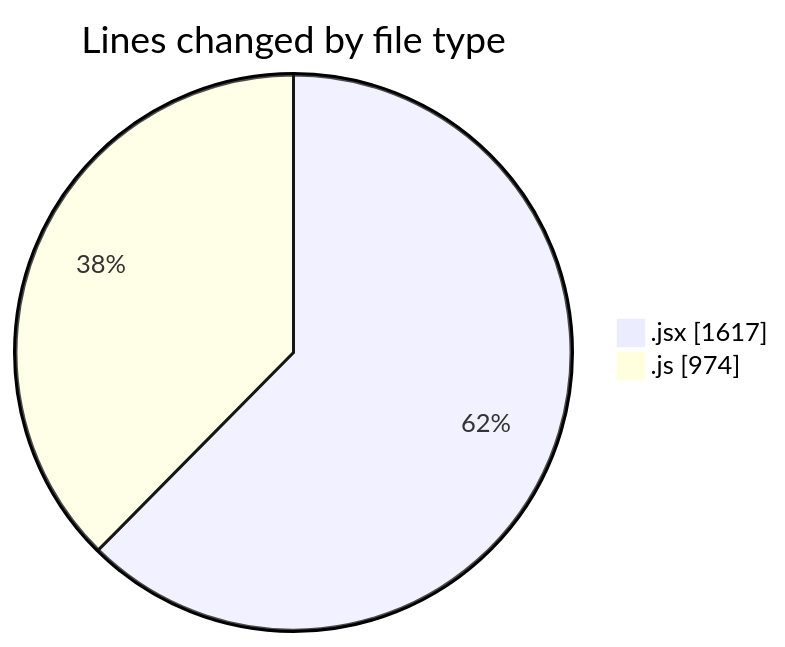
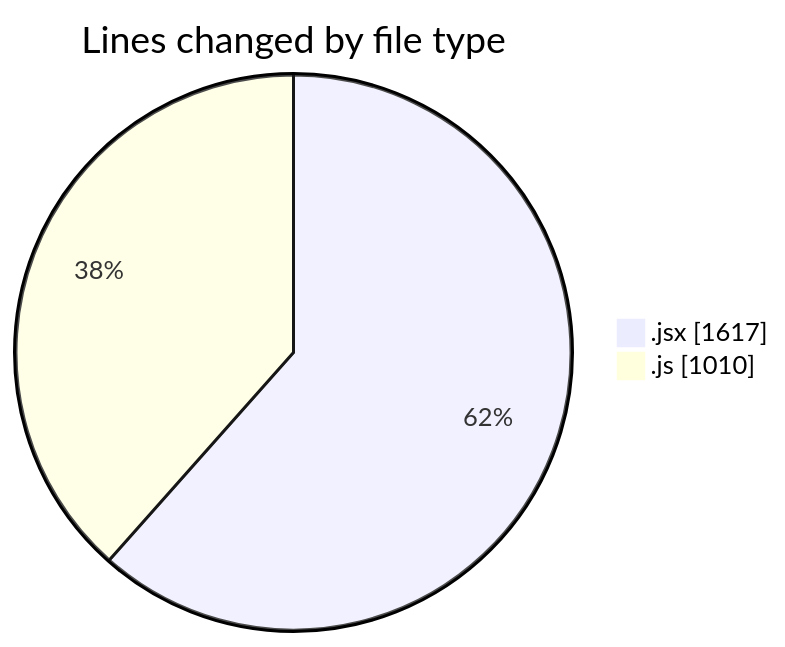
Before and after one commit to nxtqubesakshisongat/code-tracking: the first of 2 diagrams in 2025-06-04/nxtqube_webapp/README.md, drawn with Mermaid. The commit also changed other lines of this file and 1 other file, not shown here.

````diff
--- a/2025-06-04/nxtqube_webapp/README.md
+++ b/2025-06-04/nxtqube_webapp/README.md
@@ -24,6 +24,6 @@
 ```mermaid
 pie showData
 title Lines changed by file type
 ".jsx" : 1617
-".js" : 974
+".js" : 1010
 ```
````
